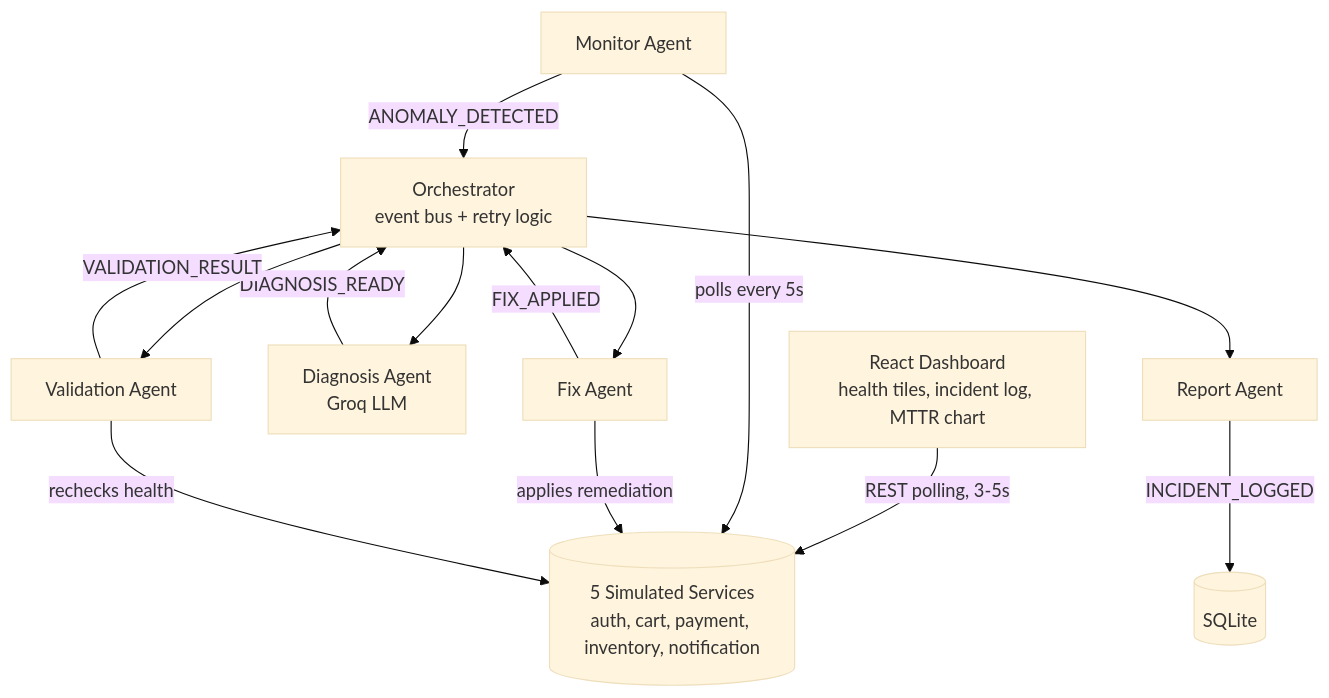
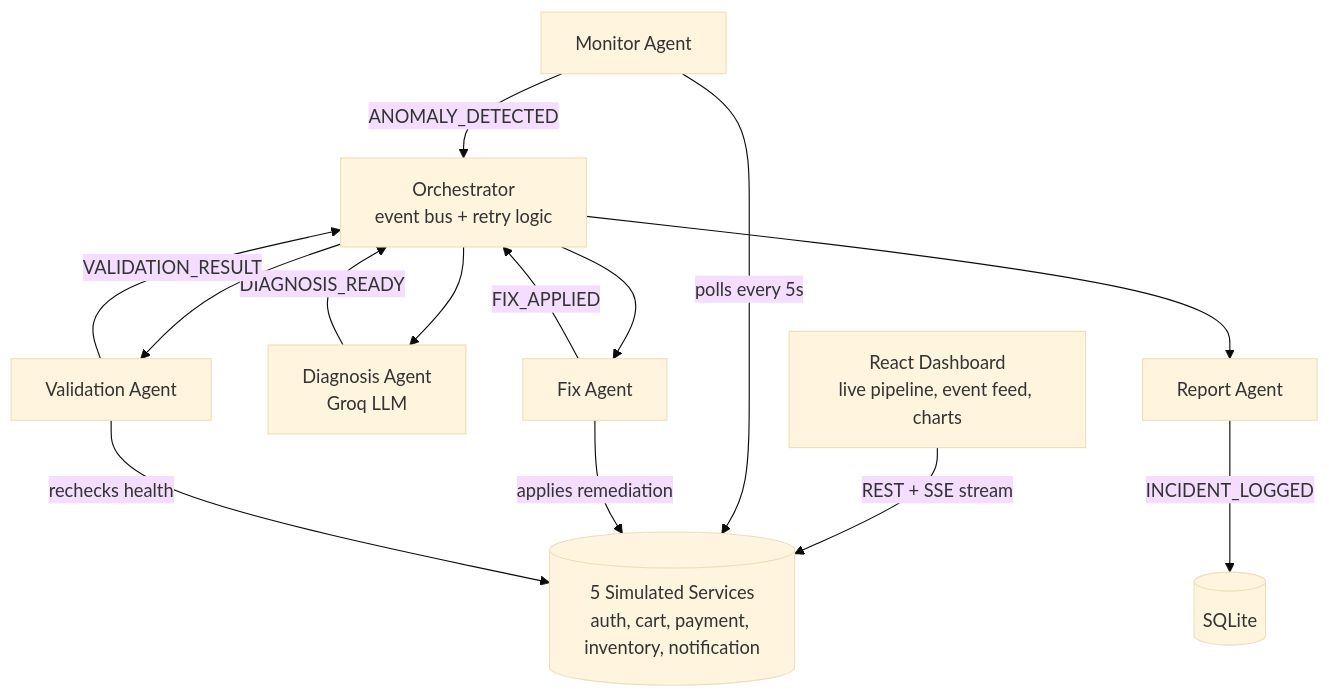
Before and after one commit to codeitanshika/Self-Healing-E-commerce-microservices: the diagram in README.md, drawn with Mermaid (base theme). The commit also changed other lines of this file, not shown here.

Commit message:
docs: README covers new dashboard, config, API, tests and step-by-step research reproduction

````diff
--- a/README.md
+++ b/README.md
@@ -55,26 +56,26 @@
 ```mermaid
 flowchart TB
-    UI["React Dashboard<br/>health tiles, incident log, MTTR chart"]
+    UI["React Dashboard<br/>live pipeline, event feed, charts"]
     SVC[("5 Simulated Services<br/>auth, cart, payment, inventory, notification")]
     MON["Monitor Agent"]
     ORCH["Orchestrator<br/>event bus + retry logic"]
     DIAG["Diagnosis Agent<br/>Groq LLM"]
     FIX["Fix Agent"]
     VAL["Validation Agent"]
     REP["Report Agent"]
     DB[("SQLite")]
 
-    UI -->|"REST polling, 3-5s"| SVC
+    UI -->|"REST + SSE stream"| SVC
     MON -->|"polls every 5s"| SVC
     MON -->|"ANOMALY_DETECTED"| ORCH
     ORCH --> DIAG
     DIAG -->|"DIAGNOSIS_READY"| ORCH
     ORCH --> FIX
     FIX -->|"applies remediation"| SVC
     FIX -->|"FIX_APPLIED"| ORCH
     ORCH --> VAL
     VAL -->|"rechecks health"| SVC
     VAL -->|"VALIDATION_RESULT"| ORCH
     ORCH --> REP
     REP -->|"INCIDENT_LOGGED"| DB
 ```
````
